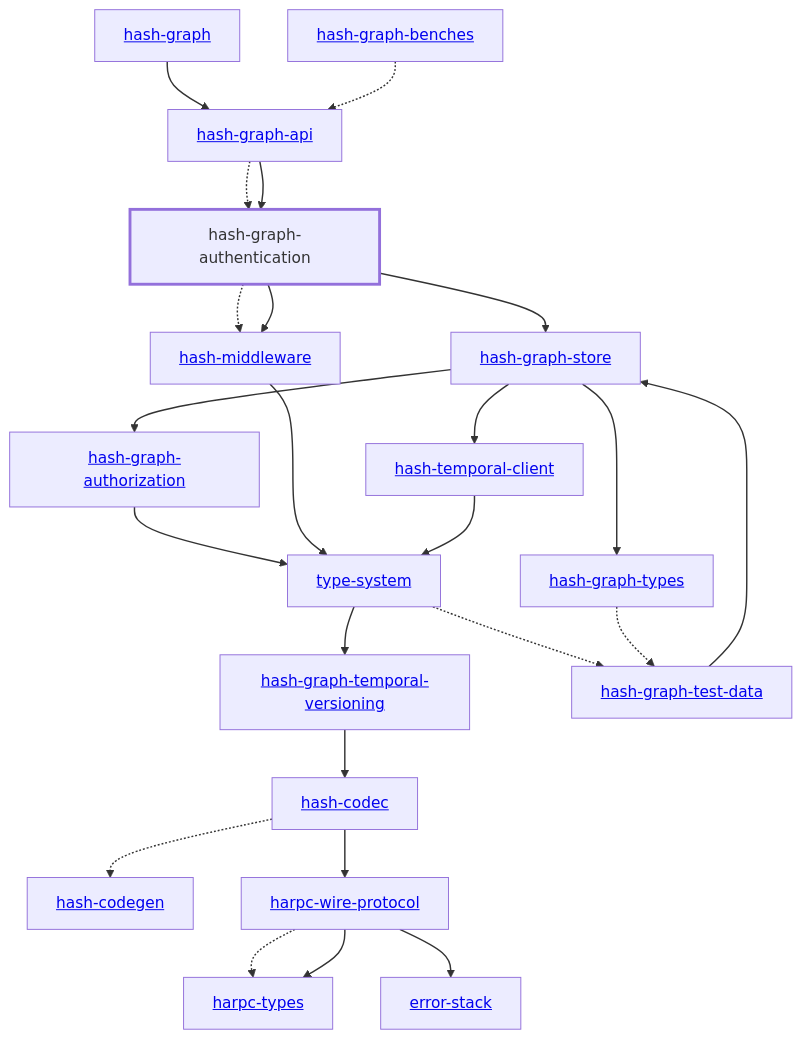
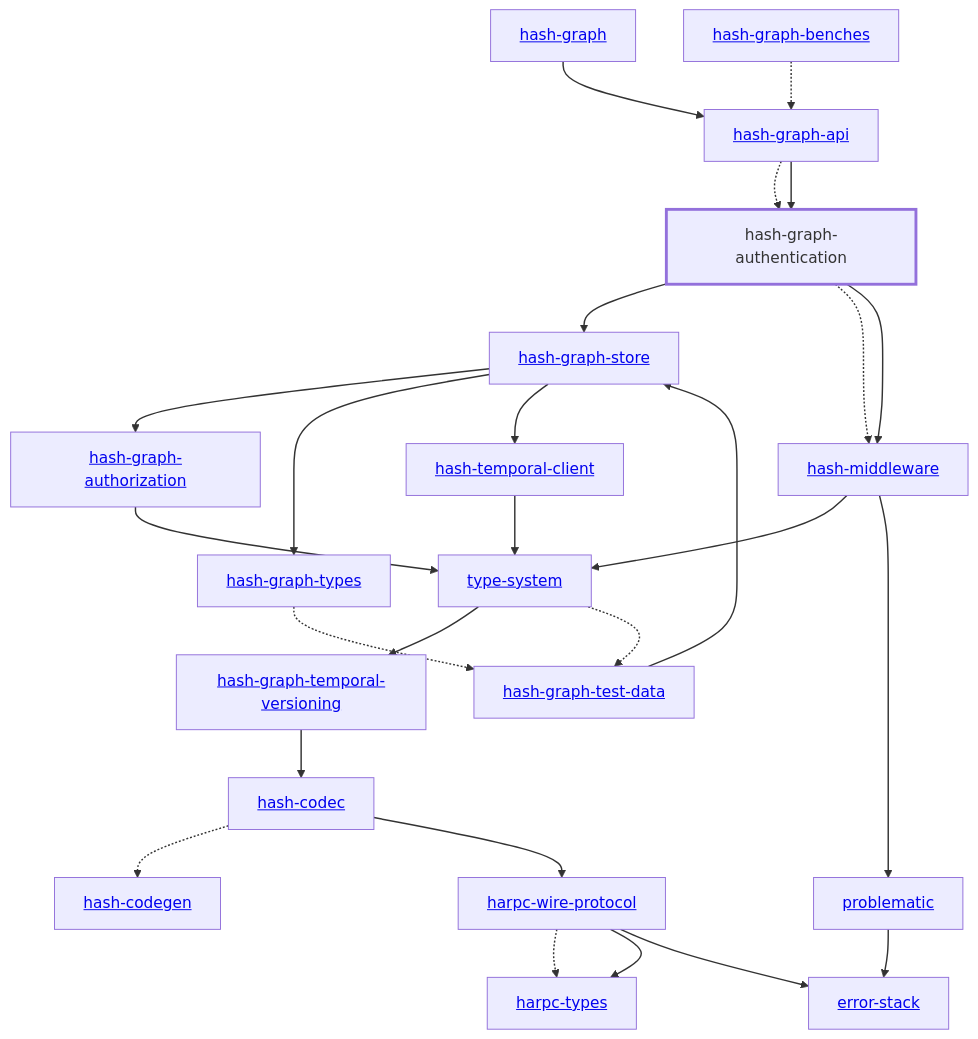
One commit to hashintel/hash changed the diagram in libs/@local/graph/authentication/docs/dependency-diagram.mmd. Above: the diagram before and after it, drawn with Mermaid. The commit also changed 23 other files, not shown here.

```diff
--- a/libs/@local/graph/authentication/docs/dependency-diagram.mmd
+++ b/libs/@local/graph/authentication/docs/dependency-diagram.mmd
@@ -1,51 +1,54 @@
 graph TD
     linkStyle default stroke-width:1.5px
     classDef default stroke-width:1px
     classDef root stroke-width:3px
     classDef dev stroke-width:1px
     classDef build stroke-width:1px
     %% Legend
     %% --> : Normal dependency
     %% -.-> : Dev dependency
     %% ---> : Build dependency
     0[<a href="../hash_graph/index.html">hash-graph</a>]
     1[<a href="../type_system/index.html">type-system</a>]
     2[<a href="../hash_codec/index.html">hash-codec</a>]
     3[<a href="../hash_codegen/index.html">hash-codegen</a>]
     4[<a href="../hash_graph_api/index.html">hash-graph-api</a>]
     5[hash-graph-authentication]
     class 5 root
     6[<a href="../hash_graph_authorization/index.html">hash-graph-authorization</a>]
     7[<a href="../hash_graph_store/index.html">hash-graph-store</a>]
     8[<a href="../hash_graph_temporal_versioning/index.html">hash-graph-temporal-versioning</a>]
     9[<a href="../hash_graph_types/index.html">hash-graph-types</a>]
     10[<a href="../harpc_types/index.html">harpc-types</a>]
     11[<a href="../harpc_wire_protocol/index.html">harpc-wire-protocol</a>]
     12[<a href="../hash_middleware/index.html">hash-middleware</a>]
     13[<a href="../hash_temporal_client/index.html">hash-temporal-client</a>]
     14[<a href="../error_stack/index.html">error-stack</a>]
-    15[<a href="../hash_graph_benches/index.html">hash-graph-benches</a>]
-    16[<a href="../hash_graph_test_data/index.html">hash-graph-test-data</a>]
+    15[<a href="../problematic/index.html">problematic</a>]
+    16[<a href="../hash_graph_benches/index.html">hash-graph-benches</a>]
+    17[<a href="../hash_graph_test_data/index.html">hash-graph-test-data</a>]
     0 --> 4
     1 --> 8
-    1 -.-> 16
+    1 -.-> 17
     2 -.-> 3
     2 --> 11
     4 -.-> 5
     4 --> 5
     5 --> 7
     5 -.-> 12
     5 --> 12
     6 --> 1
     7 --> 6
     7 --> 9
     7 --> 13
     8 --> 2
-    9 -.-> 16
+    9 -.-> 17
     11 -.-> 10
     11 --> 10
     11 --> 14
     12 --> 1
+    12 --> 15
     13 --> 1
-    15 -.-> 4
-    16 --> 7
+    15 --> 14
+    16 -.-> 4
+    17 --> 7
```
